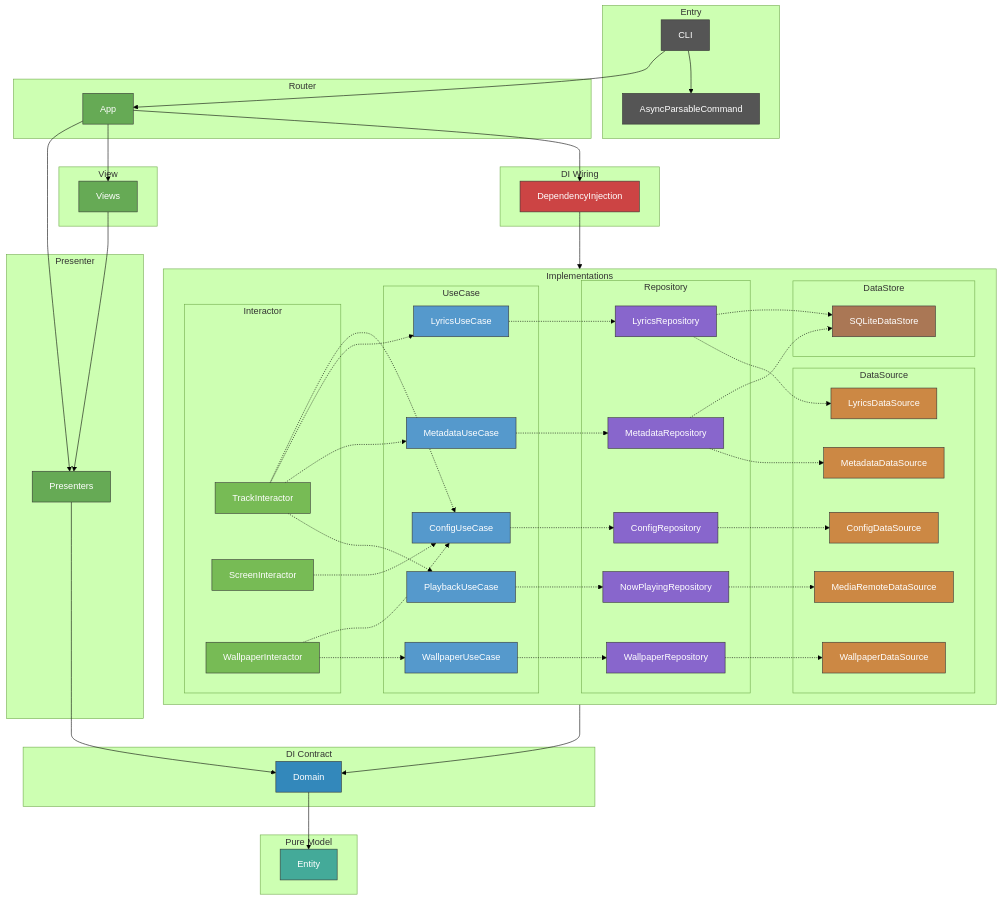
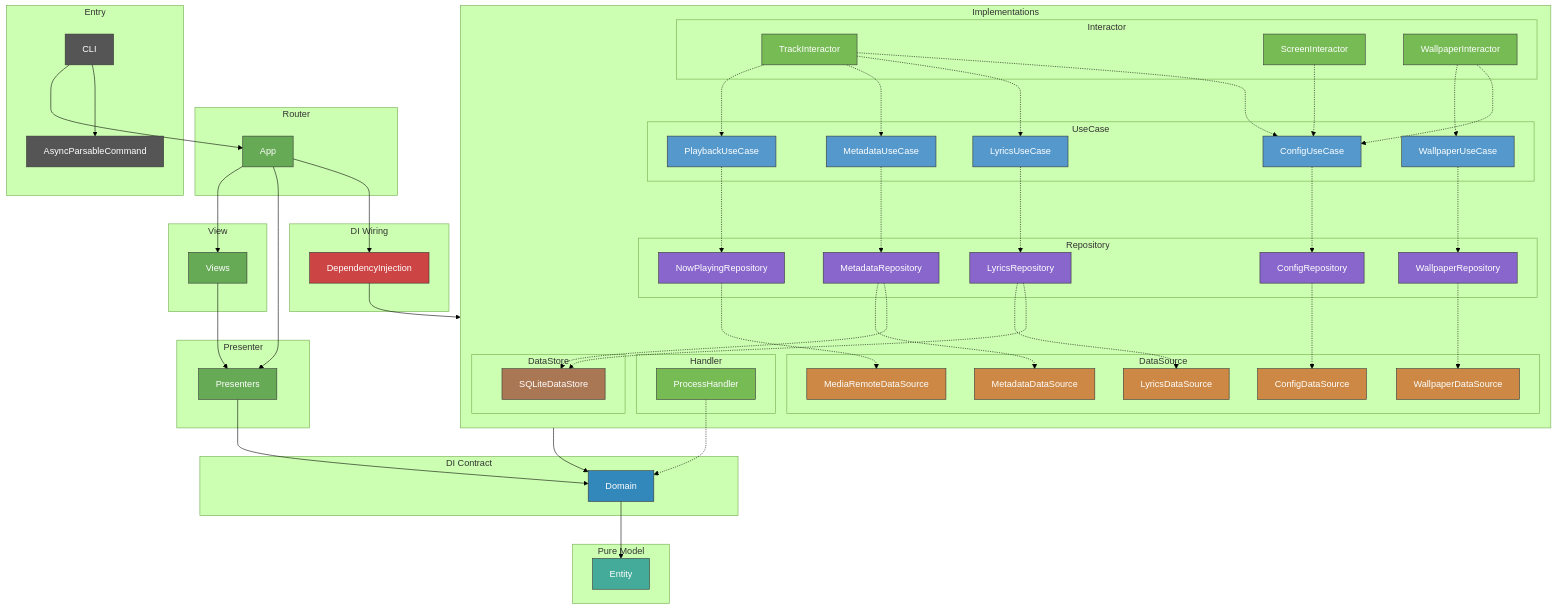
One commit to GeneralD/lyra changed the diagram in .claude/CLAUDE.md. Above: the diagram before and after it, drawn with Mermaid (forest theme). The commit also changed other lines of this file and 1 other file, not shown here.

Commit message:
docs: add ProcessHandler to architecture diagram and layer summary

```diff
--- a/.claude/CLAUDE.md
+++ b/.claude/CLAUDE.md
@@ -54,6 +54,10 @@
     end
 
     subgraph Implementations
+        subgraph Handler
+            ProcessHandler[ProcessHandler]
+        end
+
         subgraph Interactor
             TrackInteractor[TrackInteractor]
             ScreenInteractor[ScreenInteractor]
@@ -112,6 +116,9 @@
     WallpaperUseCase -.-> WallpaperRepository
     WallpaperRepository -.-> WallpaperDataSource
 
+    ProcessHandler -.-> Domain
+
+    style ProcessHandler fill:#7b5,stroke:#333,color:#fff
     style AsyncParsableCommand fill:#555,stroke:#333,color:#fff
     style CLI fill:#555,stroke:#333,color:#fff
     style App fill:#6a5,stroke:#333,color:#fff
```
